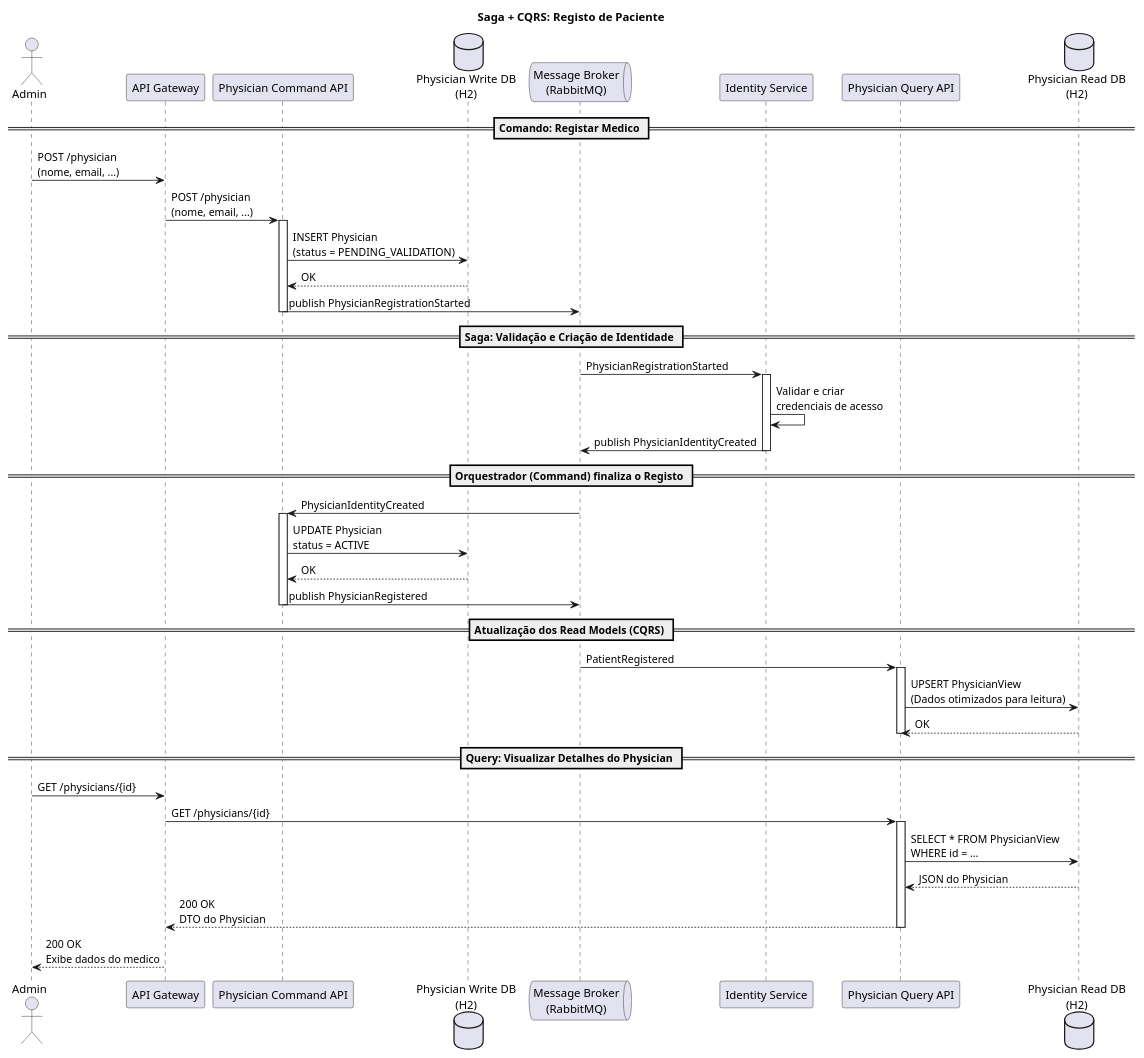
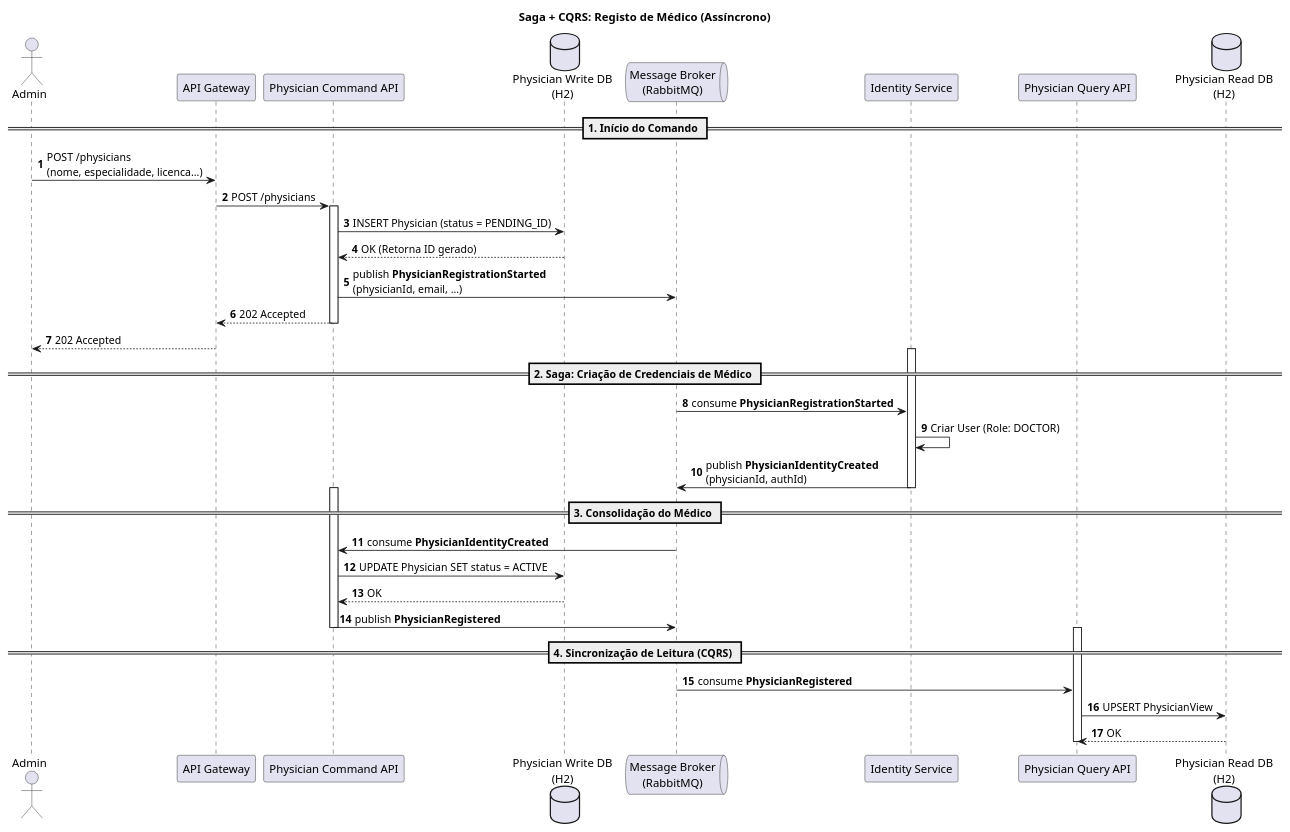
One commit to Parafita123/LETI_SIDIS_3DA_2 changed the diagram in docs/2_entrega/Sequence Diagram/Diagrama de Sequencia - Registar Medico.puml. Above: the diagram before and after it, drawn with PlantUML. The commit also changed 2 other files, not shown here.

Commit message:
Atualização dos diagramas para assincronos

```diff
--- a/docs/2_entrega/Sequence Diagram/Diagrama de Sequencia - Registar Medico.puml
+++ b/docs/2_entrega/Sequence Diagram/Diagrama de Sequencia - Registar Medico.puml
@@ -1,64 +1,58 @@
 @startuml
-title Saga + CQRS: Registo de Paciente
+title Saga + CQRS: Registo de Médico (Assíncrono)
 
-actor "Admin" as User
+actor "Admin" as Admin
 participant "API Gateway" as Gateway
 participant "Physician Command API" as PhyCmd
 database "Physician Write DB\n(H2)" as WDB
 queue "Message Broker\n(RabbitMQ)" as Broker
 participant "Identity Service" as IdentitySvc
 participant "Physician Query API" as PhyQuery
 database "Physician Read DB\n(H2)" as RDB
 
-== Comando: Registar Medico ==
+autonumber
 
-User -> Gateway : POST /physician\n(nome, email, ...)
-Gateway -> PhyCmd : POST /physician\n(nome, email, ...)
+== 1. Início do Comando ==
+
+Admin -> Gateway : POST /physicians\n(nome, especialidade, licenca...)
+Gateway -> PhyCmd : POST /physicians
 
 activate PhyCmd
-PhyCmd -> WDB : INSERT Physician\n(status = PENDING_VALIDATION)
-WDB --> PhyCmd : OK
 
-PhyCmd -> Broker : publish PhysicianRegistrationStarted
+    PhyCmd -> WDB : INSERT Physician (status = PENDING_ID)
+    WDB --> PhyCmd : OK (Retorna ID gerado)
+
+    PhyCmd -> Broker : publish **PhysicianRegistrationStarted**\n(physicianId, email, ...)
+
+    PhyCmd --> Gateway : 202 Accepted
 deactivate PhyCmd
 
-== Saga: Validação e Criação de Identidade ==
+Gateway --> Admin : 202 Accepted
 
-Broker -> IdentitySvc : PhysicianRegistrationStarted
+== 2. Saga: Criação de Credenciais de Médico ==
+
 activate IdentitySvc
-IdentitySvc -> IdentitySvc : Validar e criar\ncredenciais de acesso
-IdentitySvc -> Broker : publish PhysicianIdentityCreated
+    Broker -> IdentitySvc : consume **PhysicianRegistrationStarted**
+    IdentitySvc -> IdentitySvc : Criar User (Role: DOCTOR)
+    IdentitySvc -> Broker : publish **PhysicianIdentityCreated**\n(physicianId, authId)
 deactivate IdentitySvc
 
-== Orquestrador (Command) finaliza o Registo ==
+== 3. Consolidação do Médico ==
 
-Broker -> PhyCmd : PhysicianIdentityCreated
 activate PhyCmd
-PhyCmd -> WDB : UPDATE Physician\nstatus = ACTIVE
-WDB --> PhyCmd : OK
+    Broker -> PhyCmd : consume **PhysicianIdentityCreated**
+    PhyCmd -> WDB : UPDATE Physician SET status = ACTIVE
+    WDB --> PhyCmd : OK
 
-PhyCmd -> Broker : publish PhysicianRegistered
+    PhyCmd -> Broker : publish **PhysicianRegistered**
 deactivate PhyCmd
 
-== Atualização dos Read Models (CQRS) ==
+== 4. Sincronização de Leitura (CQRS) ==
 
-Broker -> PhyQuery : PatientRegistered
 activate PhyQuery
-PhyQuery -> RDB : UPSERT PhysicianView\n(Dados otimizados para leitura)
-RDB --> PhyQuery : OK
+    Broker -> PhyQuery : consume **PhysicianRegistered**
+    PhyQuery -> RDB : UPSERT PhysicianView
+    RDB --> PhyQuery : OK
 deactivate PhyQuery
 
-== Query: Visualizar Detalhes do Physician ==
-
-User -> Gateway : GET /physicians/{id}
-Gateway -> PhyQuery : GET /physicians/{id}
-
-activate PhyQuery
-PhyQuery -> RDB : SELECT * FROM PhysicianView\nWHERE id = ...
-RDB --> PhyQuery : JSON do Physician
-PhyQuery --> Gateway : 200 OK\nDTO do Physician
-deactivate PhyQuery
-
-Gateway --> User : 200 OK\nExibe dados do medico
-
 @enduml
```
